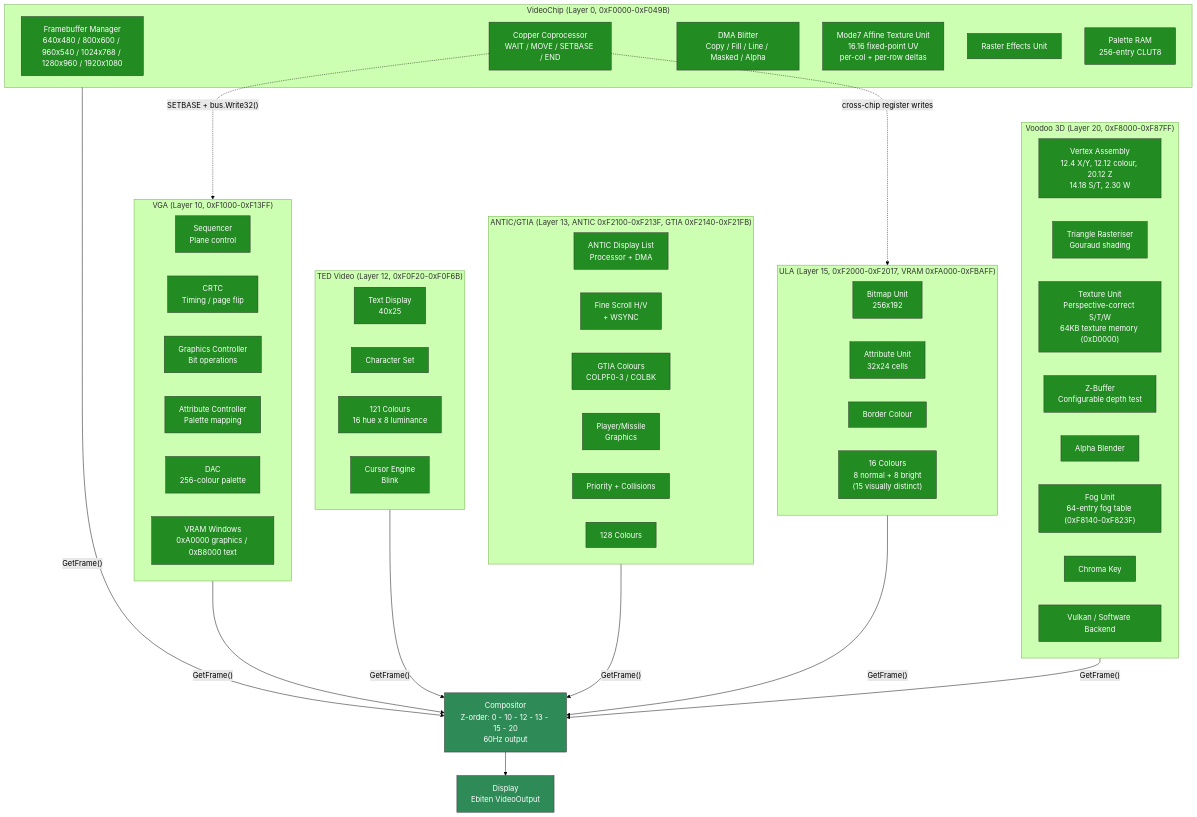
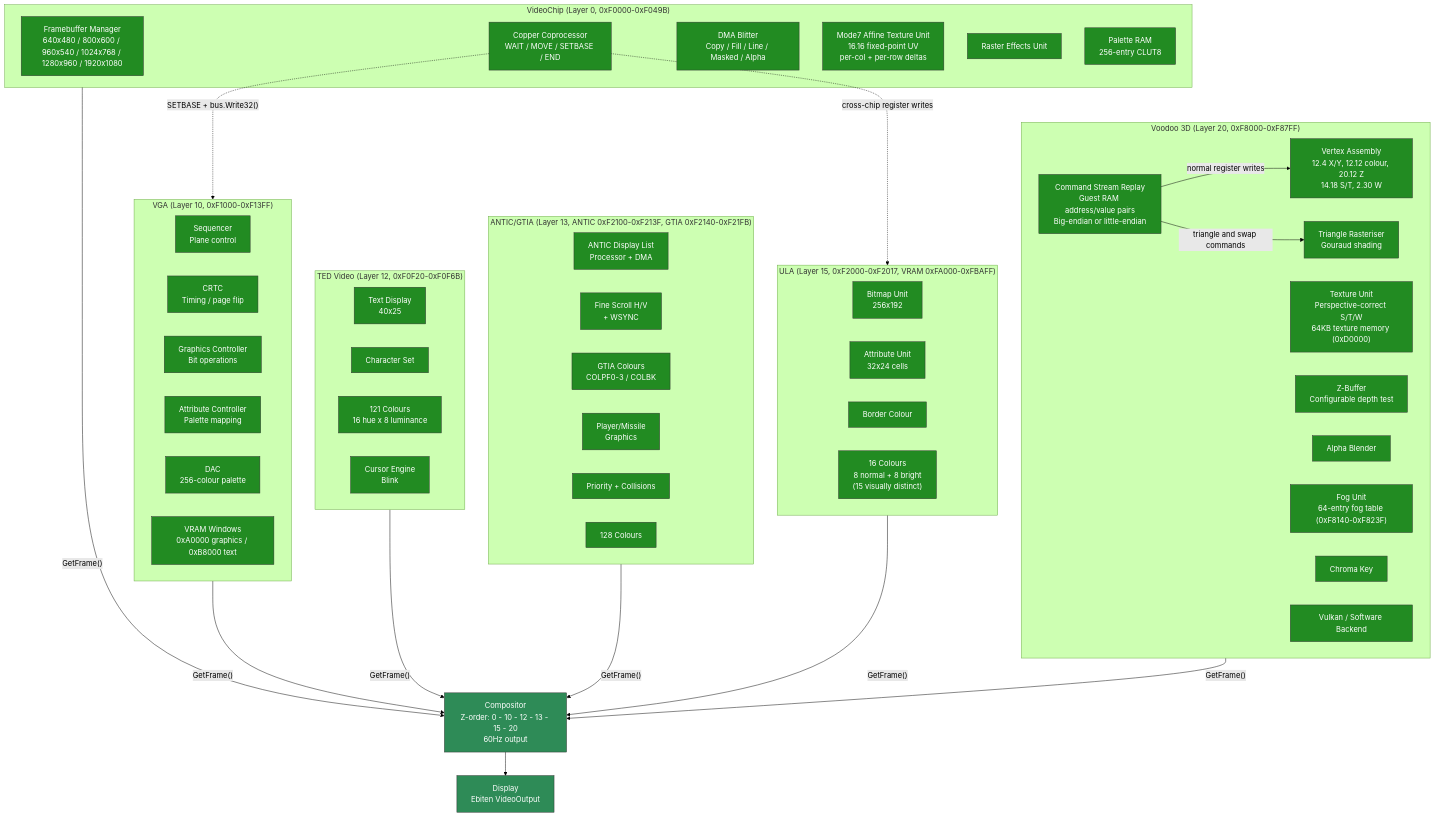
The sixth of 12 diagrams in sdk/docs/architecture.md (IntuitionAmiga/IntuitionEngine), drawn with Mermaid (forest theme) before and after one commit. The commit also changed other lines of this file and 23 other files, not shown here.

````diff
--- a/sdk/docs/architecture.md
+++ b/sdk/docs/architecture.md
@@ -971,78 +971,82 @@
 ```mermaid
 graph TB
     subgraph VCS["VideoChip (Layer 0, 0xF0000-0xF049B)"]
         VC_FB["Framebuffer Manager<br/>640x480 / 800x600 / 960x540 / 1024x768 / 1280x960 / 1920x1080"]
         VC_COP["Copper Coprocessor<br/>WAIT / MOVE / SETBASE / END"]
         VC_BLT["DMA Blitter<br/>Copy / Fill / Line / Masked / Alpha"]
         VC_M7["Mode7 Affine Texture Unit<br/>16.16 fixed-point UV<br/>per-col + per-row deltas"]
         VC_RST["Raster Effects Unit"]
         VC_PAL["Palette RAM<br/>256-entry CLUT8"]
     end
 
     subgraph VGAS["VGA (Layer 10, 0xF1000-0xF13FF)"]
         VGA_SEQ["Sequencer<br/>Plane control"]
         VGA_CRTC["CRTC<br/>Timing / page flip"]
         VGA_GC["Graphics Controller<br/>Bit operations"]
         VGA_AC["Attribute Controller<br/>Palette mapping"]
         VGA_DAC["DAC<br/>256-colour palette"]
         VGA_VRAM["VRAM Windows<br/>0xA0000 graphics / 0xB8000 text"]
     end
 
     subgraph TEDS["TED Video (Layer 12, 0xF0F20-0xF0F6B)"]
         TED_TXT["Text Display<br/>40x25"]
         TED_CHR["Character Set"]
         TED_COL["121 Colours<br/>16 hue x 8 luminance"]
         TED_CUR["Cursor Engine<br/>Blink"]
     end
 
     subgraph ANTICS["ANTIC/GTIA (Layer 13, ANTIC 0xF2100-0xF213F, GTIA 0xF2140-0xF21FB)"]
         ANT_DLP["ANTIC Display List<br/>Processor + DMA"]
         ANT_SCR["Fine Scroll H/V<br/>+ WSYNC"]
         GTIA_C["GTIA Colours<br/>COLPF0-3 / COLBK"]
         GTIA_PM["Player/Missile<br/>Graphics"]
         GTIA_PR["Priority + Collisions"]
         ANT_COL["128 Colours"]
     end
 
     subgraph ULAS["ULA (Layer 15, 0xF2000-0xF2017, VRAM 0xFA000-0xFBAFF)"]
         ULA_BMP["Bitmap Unit<br/>256x192"]
         ULA_ATR["Attribute Unit<br/>32x24 cells"]
         ULA_BDR["Border Colour"]
         ULA_COL["16 Colours<br/>8 normal + 8 bright<br/>(15 visually distinct)"]
     end
 
     subgraph VOOS["Voodoo 3D (Layer 20, 0xF8000-0xF87FF)"]
+        VOO_CMD["Command Stream Replay<br/>Guest RAM address/value pairs<br/>Big-endian or little-endian"]
         VOO_VTX["Vertex Assembly<br/>12.4 X/Y, 12.12 colour, 20.12 Z<br/>14.18 S/T, 2.30 W"]
         VOO_TRI["Triangle Rasteriser<br/>Gouraud shading"]
         VOO_TEX["Texture Unit<br/>Perspective-correct S/T/W<br/>64KB texture memory (0xD0000)"]
         VOO_ZB["Z-Buffer<br/>Configurable depth test"]
         VOO_AB["Alpha Blender"]
         VOO_FOG["Fog Unit<br/>64-entry fog table (0xF8140-0xF823F)"]
         VOO_CK["Chroma Key"]
         VOO_BE["Vulkan / Software Backend"]
     end
+
+    VOO_CMD -->|"normal register writes"| VOO_VTX
+    VOO_CMD -->|"triangle and swap commands"| VOO_TRI
 
     COMPS["Compositor<br/>Z-order: 0 - 10 - 12 - 13 - 15 - 20<br/>60Hz output"]
     DISPLAY["Display<br/>Ebiten VideoOutput"]
 
     VCS -->|"GetFrame()"| COMPS
     VGAS -->|"GetFrame()"| COMPS
     TEDS -->|"GetFrame()"| COMPS
     ANTICS -->|"GetFrame()"| COMPS
     ULAS -->|"GetFrame()"| COMPS
     VOOS -->|"GetFrame()"| COMPS
     COMPS --> DISPLAY
 
     VC_COP -.->|"SETBASE + bus.Write32()"| VGAS
     VC_COP -.->|"cross-chip register writes"| ULAS
 
     classDef video fill:#228B22,stroke:#333,color:#fff
     classDef comp fill:#2E8B57,stroke:#333,color:#fff
     class VC_FB,VC_COP,VC_BLT,VC_M7,VC_RST,VC_PAL video
     class VGA_SEQ,VGA_CRTC,VGA_GC,VGA_AC,VGA_DAC,VGA_VRAM video
     class TED_TXT,TED_CHR,TED_COL,TED_CUR video
     class ANT_DLP,ANT_SCR,GTIA_C,GTIA_PM,GTIA_PR,ANT_COL video
     class ULA_BMP,ULA_ATR,ULA_BDR,ULA_COL video
-    class VOO_VTX,VOO_TRI,VOO_TEX,VOO_ZB,VOO_AB,VOO_FOG,VOO_CK,VOO_BE video
+    class VOO_CMD,VOO_VTX,VOO_TRI,VOO_TEX,VOO_ZB,VOO_AB,VOO_FOG,VOO_CK,VOO_BE video
     class COMPS,DISPLAY comp
 ```
````
